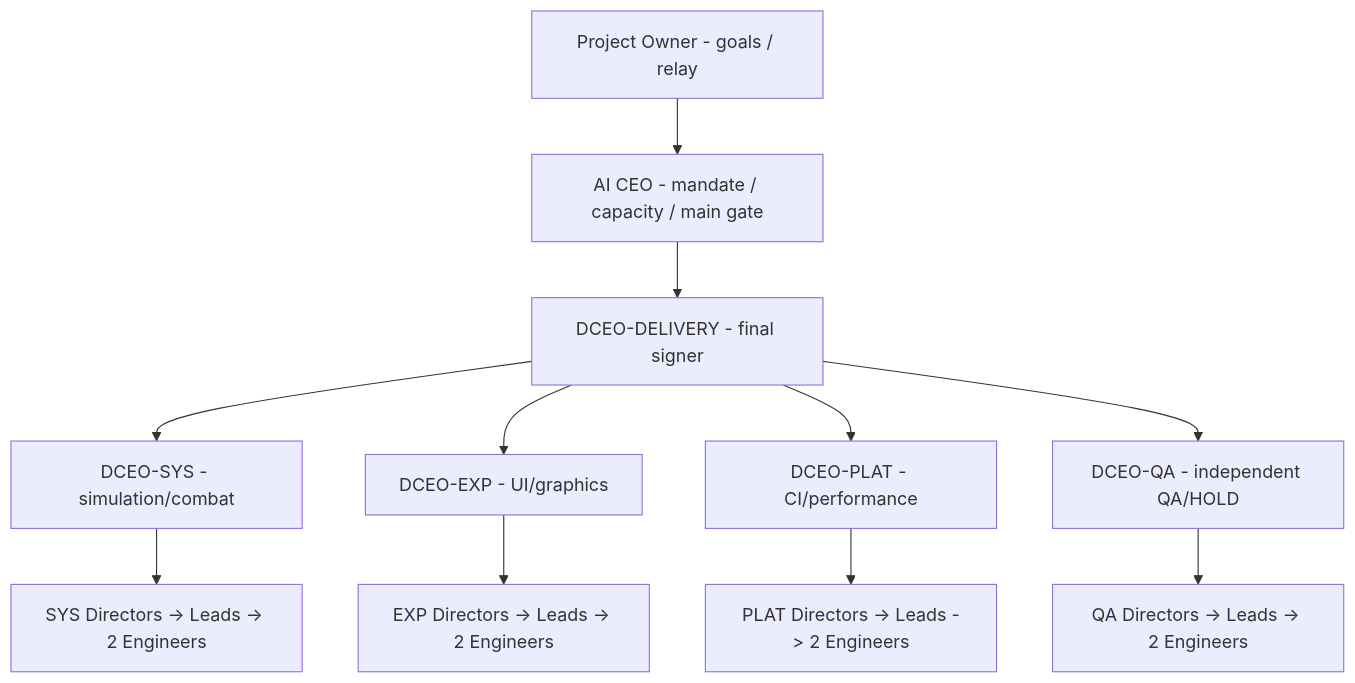
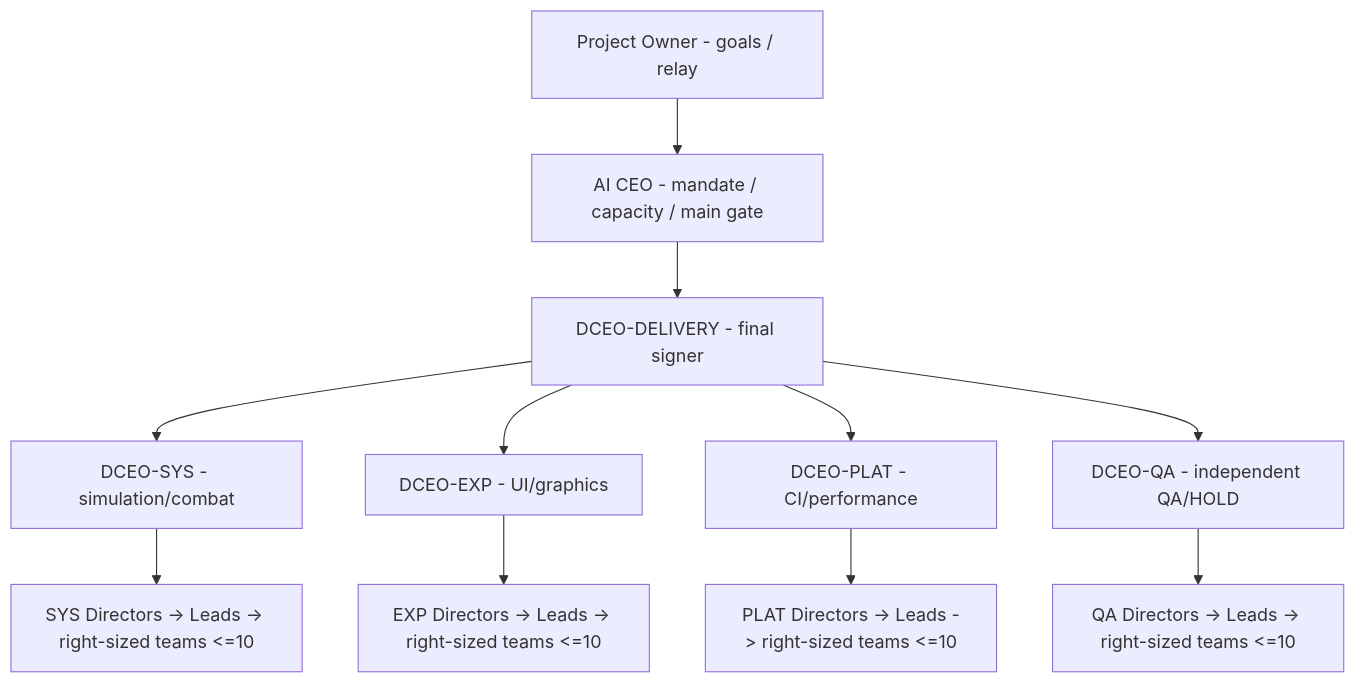
One commit to tanawutmalirum29-ux/ai-organization-hub changed the diagram in docs/ai-org/ACTIVE_TEAM.md. Above: the diagram before and after it, drawn with Mermaid. The commit also changed other lines of this file, not shown here.

Commit message:
docs: distinguish 10 active AI per work team from total organizational headcount

````diff
--- a/docs/ai-org/ACTIVE_TEAM.md
+++ b/docs/ai-org/ACTIVE_TEAM.md
@@ -16,12 +18,12 @@
 ```mermaid
 flowchart TD
   Owner["Project Owner - goals / relay"] --> CEO["AI CEO - mandate / capacity / main gate"] --> D["DCEO-DELIVERY - final signer"]
   D --> SYS["DCEO-SYS - simulation/combat"]
   D --> EXP["DCEO-EXP - UI/graphics"]
   D --> PLAT["DCEO-PLAT - CI/performance"]
   D --> QA["DCEO-QA - independent QA/HOLD"]
-  SYS --> SD["SYS Directors -> Leads -> 2 Engineers"]
-  EXP --> ED["EXP Directors -> Leads -> 2 Engineers"]
-  PLAT --> PD["PLAT Directors -> Leads -> 2 Engineers"]
-  QA --> QD["QA Directors -> Leads -> 2 Engineers"]
+  SYS --> SD["SYS Directors -> Leads -> right-sized teams <=10"]
+  EXP --> ED["EXP Directors -> Leads -> right-sized teams <=10"]
+  PLAT --> PD["PLAT Directors -> Leads -> right-sized teams <=10"]
+  QA --> QD["QA Directors -> Leads -> right-sized teams <=10"]
 ```
````
